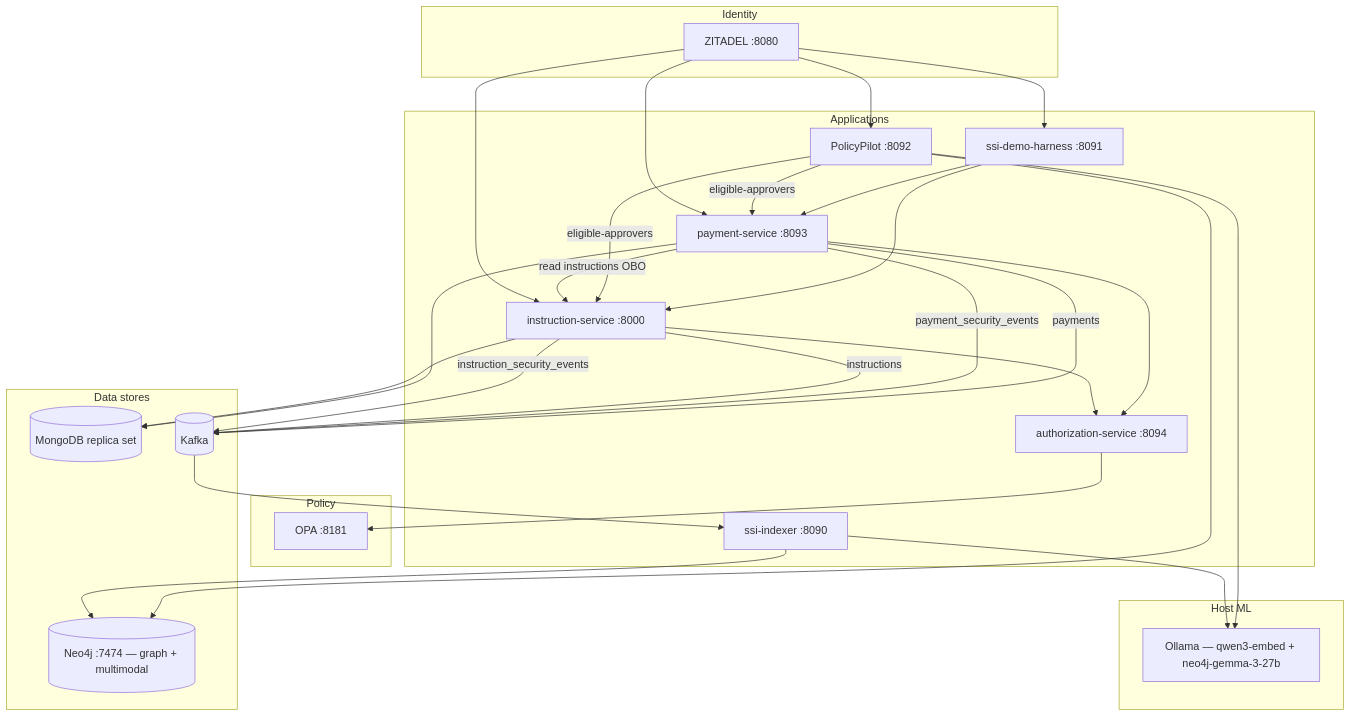
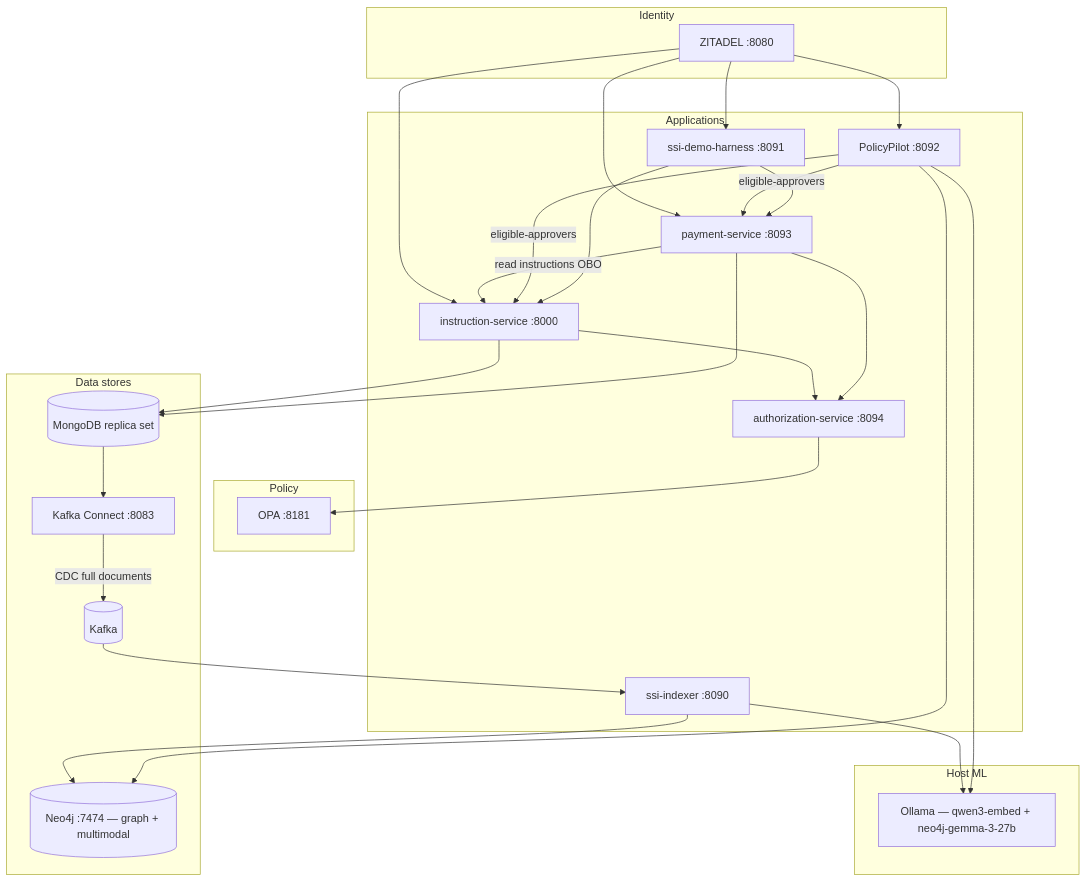
One commit to sanjuthomas/policy-pilot changed the first of 4 diagrams in README.md. Above: the diagram before and after it, drawn with Mermaid. The commit also changed other lines of this file and 12 other files, not shown here.

First line of the commit message:
Update READMEs for Kafka Connect CDC and remove last Qdrant reference.

````diff
--- a/README.md
+++ b/README.md
@@ -61,53 +61,52 @@
 ```mermaid
 flowchart TB
     subgraph auth [Identity]
         ZITADEL[ZITADEL :8080]
     end
 
     subgraph apps [Applications]
         ILM[instruction-service :8000]
         PAY[payment-service :8093]
         AUTHZ[authorization-service :8094]
         HARNESS[ssi-demo-harness :8091]
         ETL[ssi-indexer :8090]
         CHAT[PolicyPilot :8092]
     end
 
     subgraph policy [Policy]
         OPA[OPA :8181]
     end
 
     subgraph stores [Data stores]
         MONGO[(MongoDB replica set)]
+        CONNECT[Kafka Connect :8083]
         KAFKA[(Kafka)]
         NEO[(Neo4j :7474 — graph + multimodal)]
     end
 
     subgraph ml [Host ML]
         OLLAMA[Ollama — qwen3-embed + neo4j-gemma-3-27b]
     end
 
     ZITADEL --> ILM
     ZITADEL --> PAY
     ZITADEL --> HARNESS
     ZITADEL --> CHAT
     ILM --> AUTHZ
     PAY --> AUTHZ
     AUTHZ --> OPA
     ILM --> MONGO
     PAY --> MONGO
     PAY -->|read instructions OBO| ILM
-    ILM -->|instruction_security_events| KAFKA
-    ILM -->|instructions| KAFKA
-    PAY -->|payment_security_events| KAFKA
-    PAY -->|payments| KAFKA
+    MONGO --> CONNECT
+    CONNECT -->|CDC full documents| KAFKA
     KAFKA --> ETL
     ETL --> NEO
     ETL --> OLLAMA
     CHAT --> NEO
     CHAT --> OLLAMA
     CHAT -->|eligible-approvers| ILM
     CHAT -->|eligible-approvers| PAY
     HARNESS --> ILM
     HARNESS --> PAY
 ```
````
